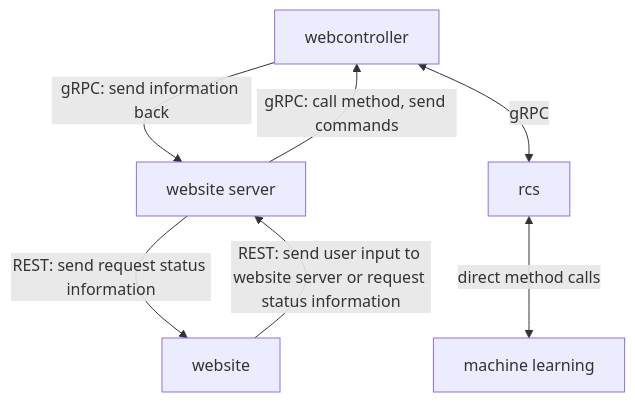
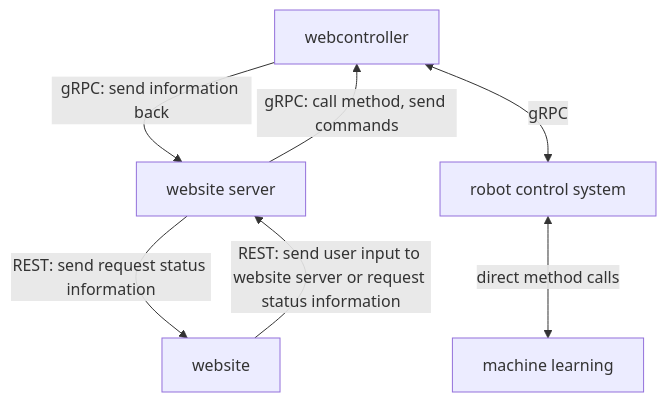
The diagram in README.md (BjoernFuertges/Study_Project_Robot_Control), drawn with Mermaid before and after one commit.

Commit message:
Readme: put text within quotes

````diff
--- a/README.md
+++ b/README.md
@@ -4,9 +4,9 @@
 ```mermaid
 graph TD;
-    A[webcontroller]--> |gRPC: send information back| B[website server];
-    B --> |gRPC: call method, send commands| A;
-    A <--> |gRPC| C[rcs];
-    B --> |REST: send request status information| D[website];
-    D --> |REST: send user input to website server or request status information| B;
-    C <--> |direct method calls| E[machine learning];
+    A[webcontroller]--> |"gRPC: send information back"| B["website server"];
+    B --> |"gRPC: call method, send commands"| A;
+    A <--> |"gRPC"| C["robot control system"];
+    B --> |"REST: send request status information"| D["website"];
+    D --> |"REST: send user input to website server or request status information"| B;
+    C <--> |"direct method calls"| E["machine learning"];
 ```
````
